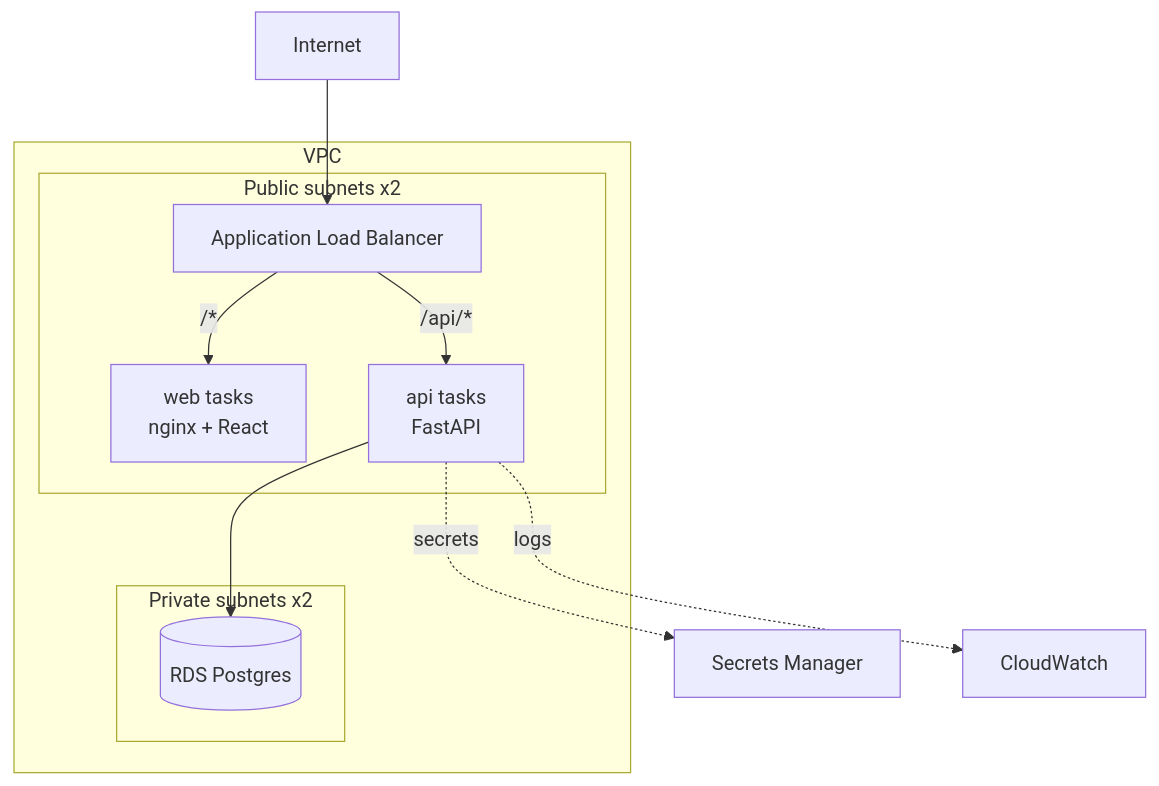
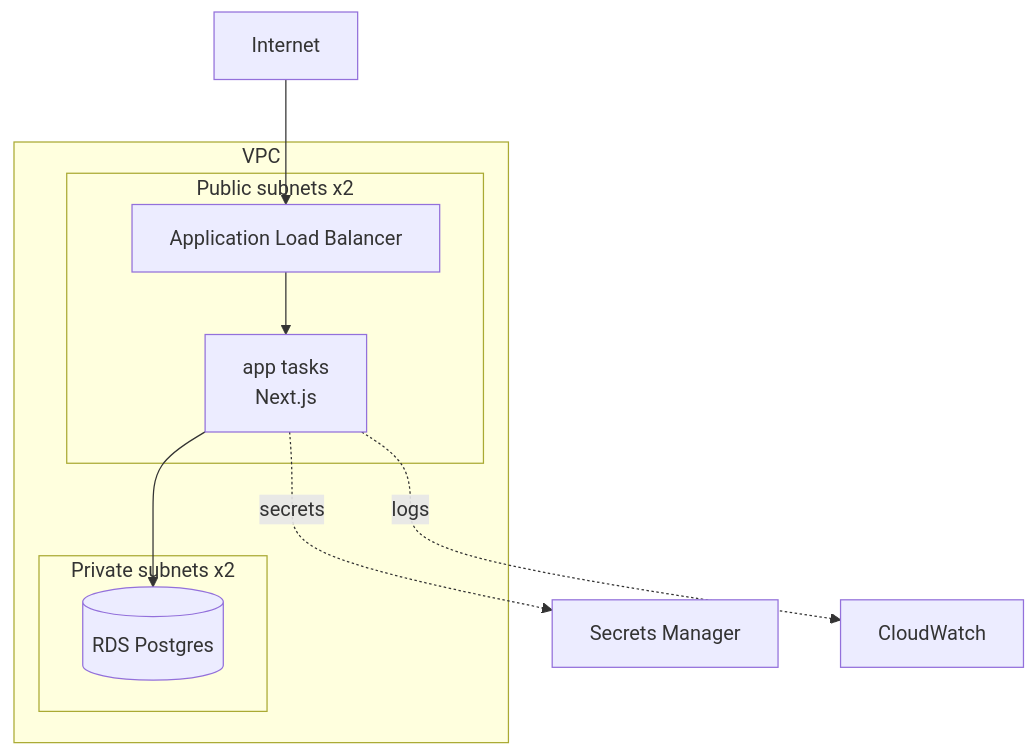
One commit to crossfirebull/ticket2prize changed the second of 2 diagrams in docs/architecture.md. Above: the diagram before and after it, drawn with Mermaid. The commit also changed other lines of this file and 20 other files, not shown here.

````diff
--- a/docs/architecture.md
+++ b/docs/architecture.md
@@ -66,19 +74,17 @@
 ```mermaid
 flowchart TB
     U[Internet] --> ALB
     subgraph VPC
       subgraph Public subnets x2
         ALB[Application Load Balancer]
-        W[web tasks<br/>nginx + React]
-        A[api tasks<br/>FastAPI]
+        A[app tasks<br/>Next.js]
       end
       subgraph Private subnets x2
         DB[(RDS Postgres)]
       end
     end
-    ALB -- "/*" --> W
-    ALB -- "/api/*" --> A
+    ALB --> A
     A --> DB
     A -. secrets .-> SM[Secrets Manager]
     A -. logs .-> CW[CloudWatch]
 ```
````
